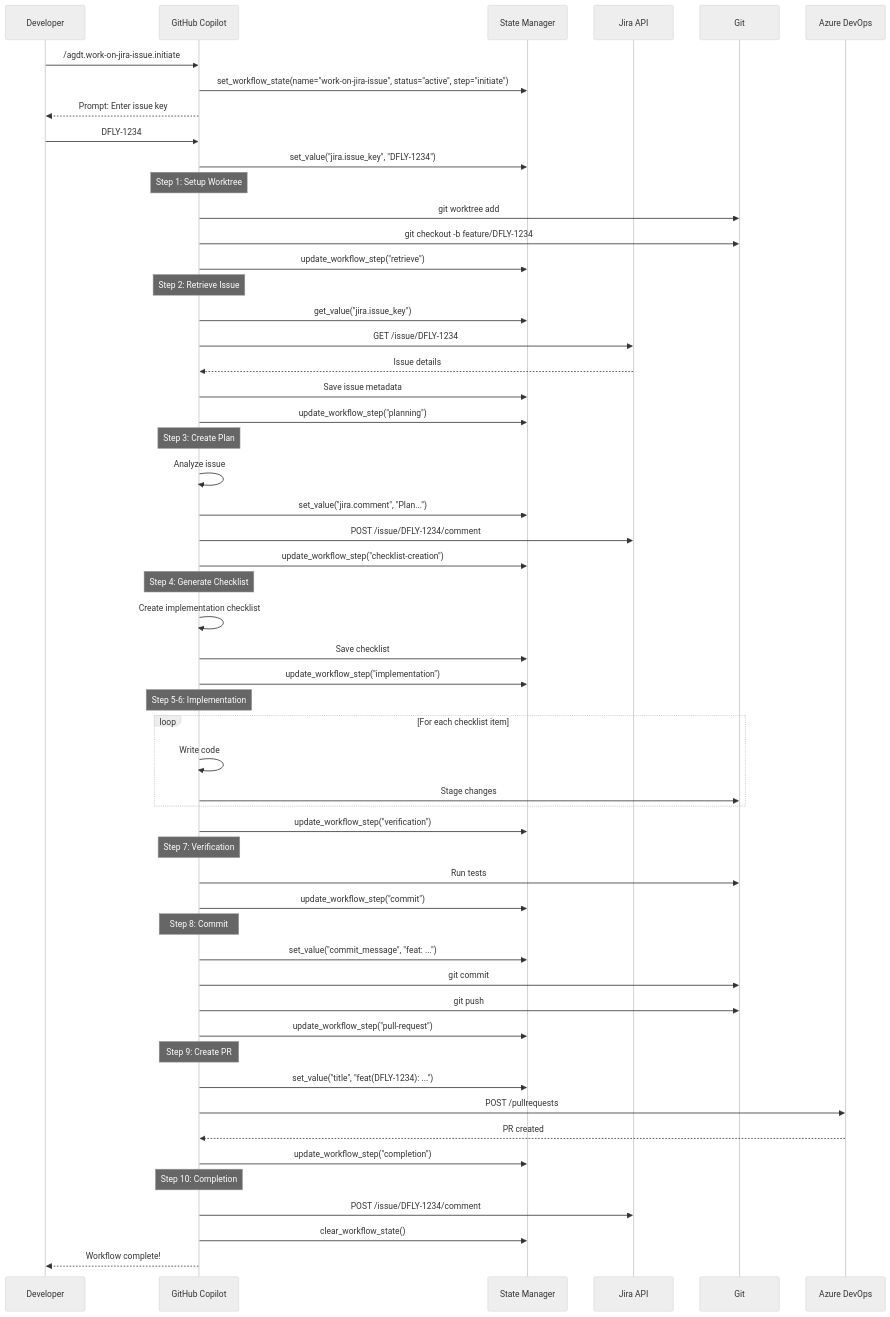
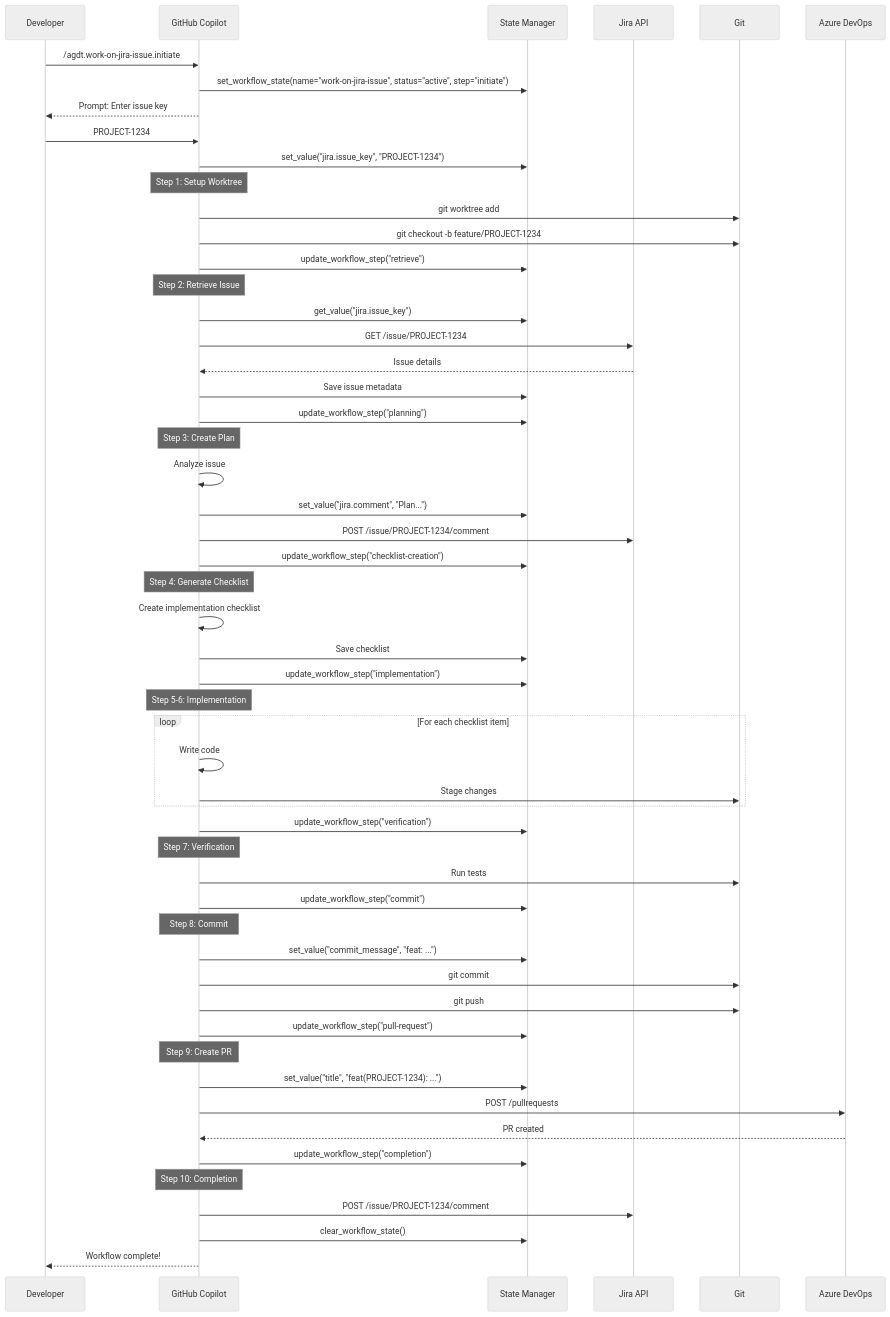
Before and after one commit to ayaiayorg/agentic-devtools: the first of 7 diagrams in docs/06-runtime-view.md, drawn with Mermaid (neutral theme). The commit also changed other lines of this file and 201 other files, not shown here.

````diff
--- a/docs/06-runtime-view.md
+++ b/docs/06-runtime-view.md
@@ -7,67 +7,67 @@
 ```mermaid
 sequenceDiagram
     participant Dev as Developer
     participant Copilot as GitHub Copilot
     participant State as State Manager
     participant Jira as Jira API
     participant Git as Git
     participant ADO as Azure DevOps
     
     Dev->>Copilot: /agdt.work-on-jira-issue.initiate
     Copilot->>State: set_workflow_state(name="work-on-jira-issue", status="active", step="initiate")
     Copilot-->>Dev: Prompt: Enter issue key
     
-    Dev->>Copilot: DFLY-1234
-    Copilot->>State: set_value("jira.issue_key", "DFLY-1234")
+    Dev->>Copilot: PROJECT-1234
+    Copilot->>State: set_value("jira.issue_key", "PROJECT-1234")
     
     Note over Copilot: Step 1: Setup Worktree
     Copilot->>Git: git worktree add
-    Copilot->>Git: git checkout -b feature/DFLY-1234
+    Copilot->>Git: git checkout -b feature/PROJECT-1234
     Copilot->>State: update_workflow_step("retrieve")
     
     Note over Copilot: Step 2: Retrieve Issue
     Copilot->>State: get_value("jira.issue_key")
-    Copilot->>Jira: GET /issue/DFLY-1234
+    Copilot->>Jira: GET /issue/PROJECT-1234
     Jira-->>Copilot: Issue details
     Copilot->>State: Save issue metadata
     Copilot->>State: update_workflow_step("planning")
     
     Note over Copilot: Step 3: Create Plan
     Copilot->>Copilot: Analyze issue
     Copilot->>State: set_value("jira.comment", "Plan...")
-    Copilot->>Jira: POST /issue/DFLY-1234/comment
+    Copilot->>Jira: POST /issue/PROJECT-1234/comment
     Copilot->>State: update_workflow_step("checklist-creation")
     
     Note over Copilot: Step 4: Generate Checklist
     Copilot->>Copilot: Create implementation checklist
     Copilot->>State: Save checklist
     Copilot->>State: update_workflow_step("implementation")
     
     Note over Copilot: Step 5-6: Implementation
     loop For each checklist item
         Copilot->>Copilot: Write code
         Copilot->>Git: Stage changes
     end
     Copilot->>State: update_workflow_step("verification")
     
     Note over Copilot: Step 7: Verification
     Copilot->>Git: Run tests
     Copilot->>State: update_workflow_step("commit")
     
     Note over Copilot: Step 8: Commit
     Copilot->>State: set_value("commit_message", "feat: ...")
     Copilot->>Git: git commit
     Copilot->>Git: git push
     Copilot->>State: update_workflow_step("pull-request")
     
     Note over Copilot: Step 9: Create PR
-    Copilot->>State: set_value("title", "feat(DFLY-1234): ...")
+    Copilot->>State: set_value("title", "feat(PROJECT-1234): ...")
     Copilot->>ADO: POST /pullrequests
     ADO-->>Copilot: PR created
     Copilot->>State: update_workflow_step("completion")
     
     Note over Copilot: Step 10: Completion
-    Copilot->>Jira: POST /issue/DFLY-1234/comment
+    Copilot->>Jira: POST /issue/PROJECT-1234/comment
     Copilot->>State: clear_workflow_state()
     Copilot-->>Dev: Workflow complete!
 ```
````
